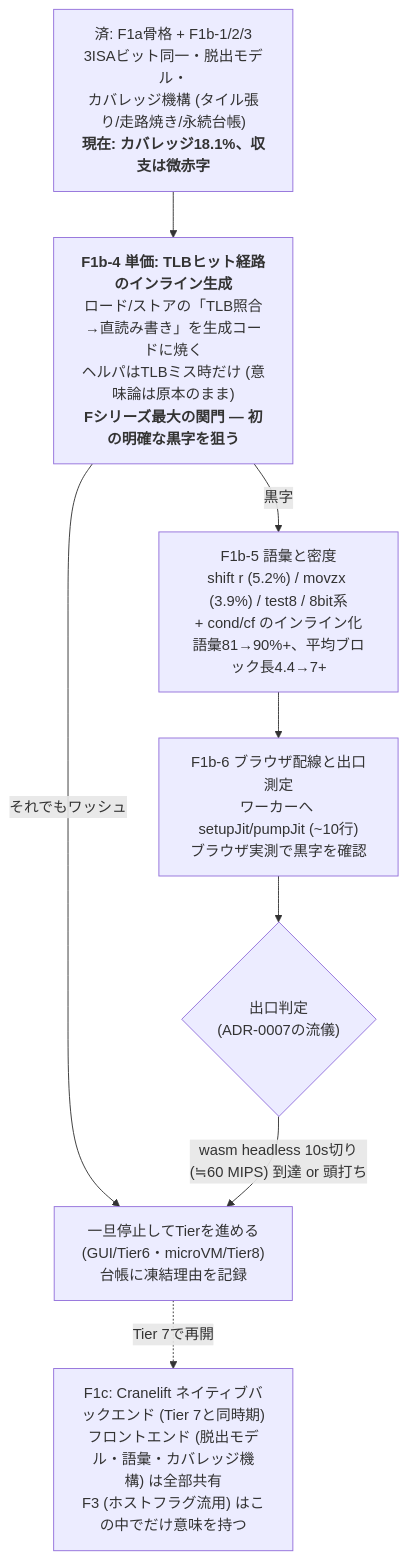
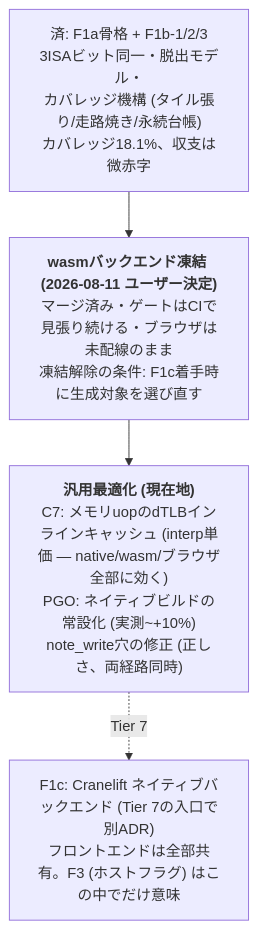
The diagram in docs/adr/0008-template-jit.md (yoshiharu-ishii/rustx86), drawn with Mermaid before and after one commit. The commit also changed other lines of this file and 1 other file, not shown here.

First line of the commit message:
docs: ユーザー決定 (wasmバックエンド凍結・汎用最適化へ) をロードマップと台帳に反映

````diff
--- a/docs/adr/0008-template-jit.md
+++ b/docs/adr/0008-template-jit.md
@@ -184,16 +191,11 @@
 ```mermaid
 flowchart TB
-    DONE["済: F1a骨格 + F1b-1/2/3<br>3ISAビット同一・脱出モデル・<br>カバレッジ機構 (タイル張り/走路焼き/永続台帳)<br><b>現在: カバレッジ18.1%、収支は微赤字</b>"]
-    F1B4["<b>F1b-4 単価: TLBヒット経路のインライン生成</b><br>ロード/ストアの「TLB照合→直読み書き」を生成コードに焼く<br>ヘルパはTLBミス時だけ (意味論は原本のまま)<br><b>Fシリーズ最大の関門 — 初の明確な黒字を狙う</b>"]
-    F1B5["F1b-5 語彙と密度<br>shift r (5.2%) / movzx (3.9%) / test8 / 8bit系<br>+ cond/cf のインライン化<br>語彙81→90%+、平均ブロック長4.4→7+"]
-    F1B6["F1b-6 ブラウザ配線と出口測定<br>ワーカーへ setupJit/pumpJit (~10行)<br>ブラウザ実測で黒字を確認"]
-    EXIT{"出口判定<br>(ADR-0007の流儀)"}
-    TIER["一旦停止してTierを進める<br>(GUI/Tier6・microVM/Tier8)<br>台帳に凍結理由を記録"]
-    F1C["F1c: Cranelift ネイティブバックエンド (Tier 7と同時期)<br>フロントエンド (脱出モデル・語彙・カバレッジ機構) は全部共有<br>F3 (ホストフラグ流用) はこの中でだけ意味を持つ"]
+    DONE["済: F1a骨格 + F1b-1/2/3<br>3ISAビット同一・脱出モデル・<br>カバレッジ機構 (タイル張り/走路焼き/永続台帳)<br>カバレッジ18.1%、収支は微赤字"]
+    FREEZE["<b>wasmバックエンド凍結 (2026-08-11 ユーザー決定)</b><br>マージ済み・ゲートはCIで見張り続ける・ブラウザは未配線のまま<br>凍結解除の条件: F1c着手時に生成対象を選び直す"]
+    GEN["<b>汎用最適化 (現在地)</b><br>C7: メモリuopのdTLBインラインキャッシュ (interp単価 — native/wasm/ブラウザ全部に効く)<br>PGO: ネイティブビルドの常設化 (実測~+10%)<br>note_write穴の修正 (正しさ、両経路同時)"]
+    F1C["F1c: Cranelift ネイティブバックエンド (Tier 7の入口で別ADR)<br>フロントエンドは全部共有。F3 (ホストフラグ) はこの中でだけ意味"]
 
-    DONE --> F1B4
-    F1B4 -->|"黒字"| F1B5 --> F1B6 --> EXIT
-    F1B4 -->|"それでもワッシュ"| TIER
-    EXIT -->|"wasm headless 10s切り<br>(≒60 MIPS) 到達 or 頭打ち"| TIER
-    TIER -.->|"Tier 7で再開"| F1C
+    DONE --> FREEZE
+    FREEZE --> GEN
+    GEN -.->|"Tier 7"| F1C
 ```
````
